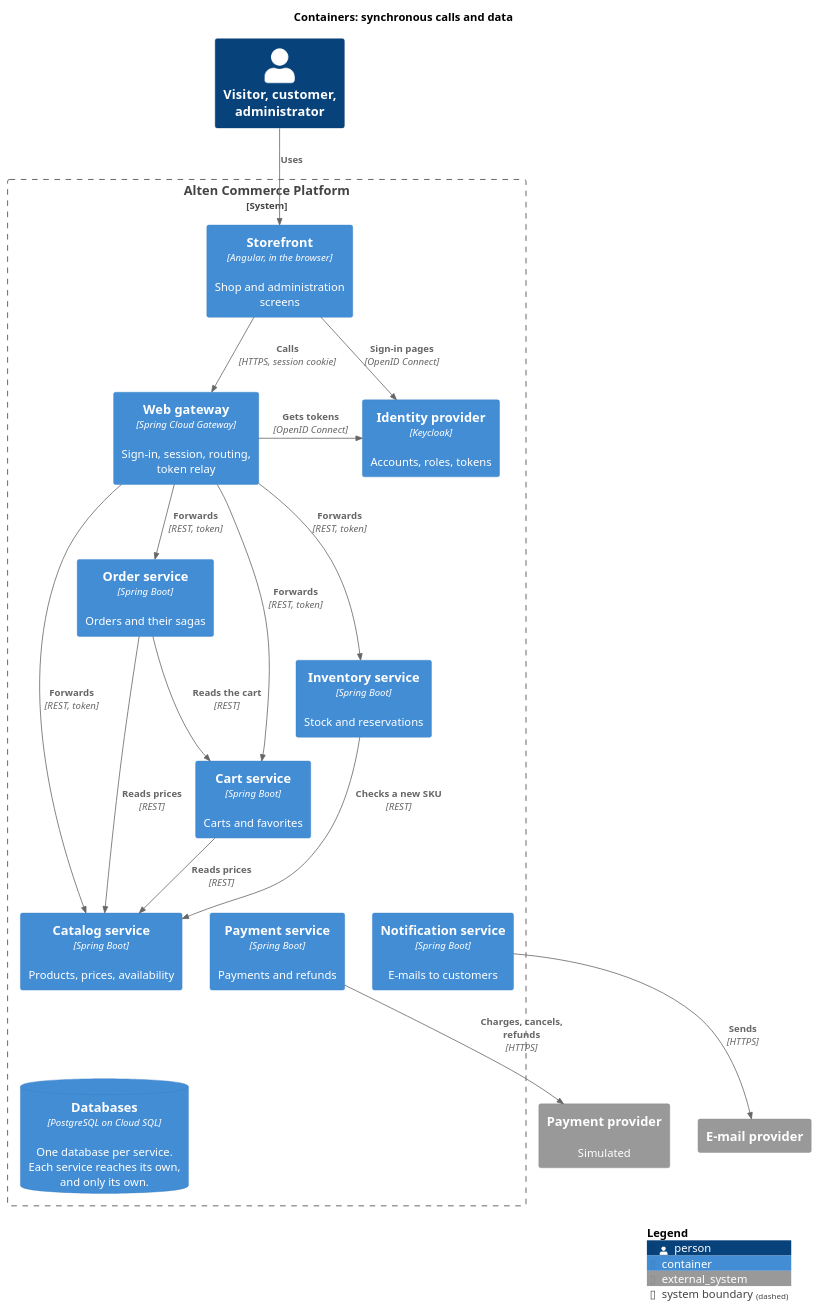
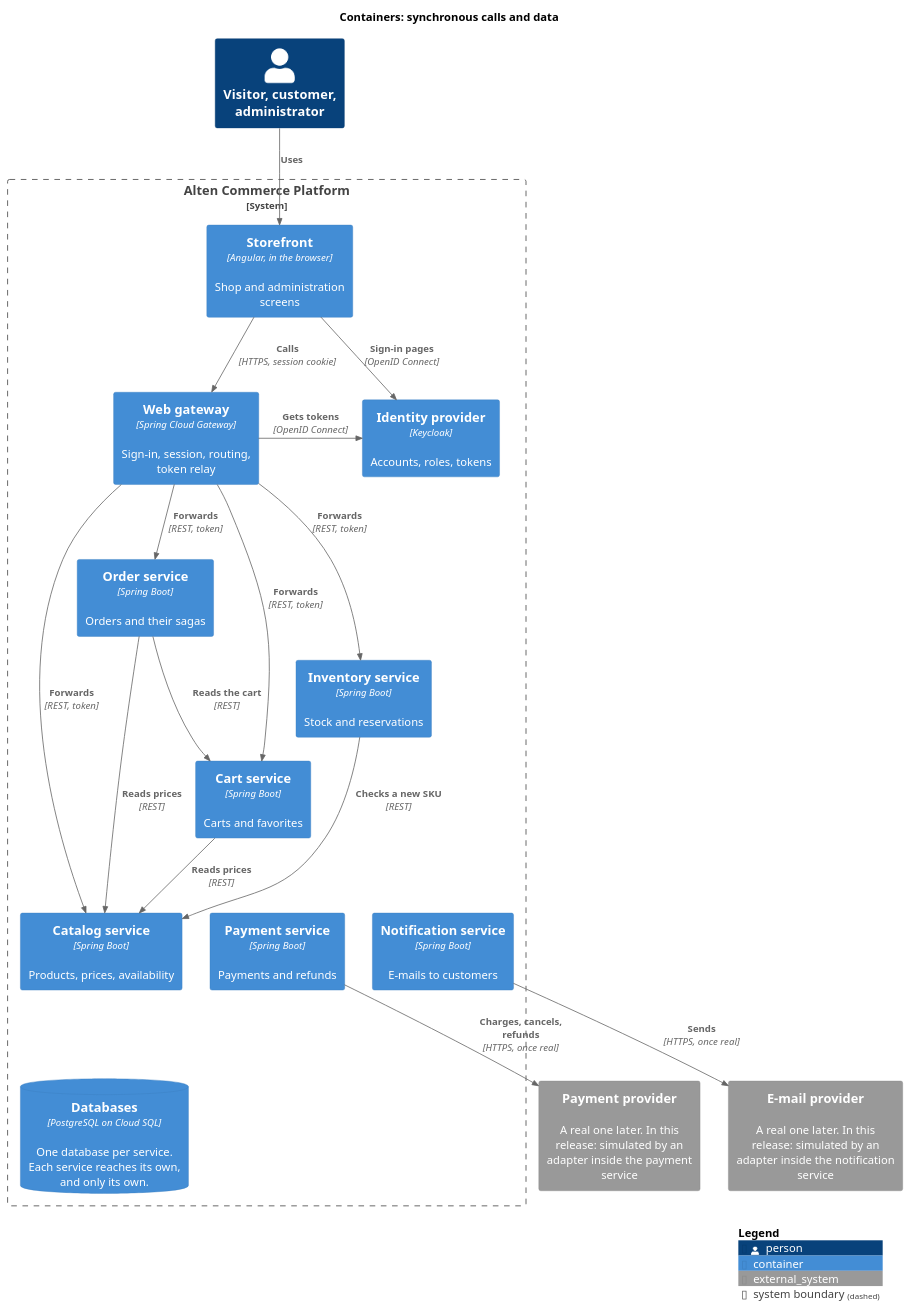
One commit to AxeloLabs/alten-commerce-platform changed the diagram in doc/2-spec/04-architecture/diagrams/c4-container.puml. Above: the diagram before and after it, drawn with PlantUML. The commit also changed 33 other files, not shown here.

```diff
--- a/doc/2-spec/04-architecture/diagrams/c4-container.puml
+++ b/doc/2-spec/04-architecture/diagrams/c4-container.puml
@@ -1,41 +1,41 @@
 @startuml
 !include <C4/C4_Container>
 title Containers: synchronous calls and data
 
 Person(user, "Visitor, customer, administrator")
-System_Ext(psp, "Payment provider", "Simulated")
-System_Ext(mail, "E-mail provider")
+System_Ext(psp, "Payment provider", "A real one later. In this release: simulated by an adapter inside the payment service")
+System_Ext(mail, "E-mail provider", "A real one later. In this release: simulated by an adapter inside the notification service")
 
 System_Boundary(platform, "Alten Commerce Platform") {
   Container(spa, "Storefront", "Angular, in the browser", "Shop and administration screens")
   Container(gw, "Web gateway", "Spring Cloud Gateway", "Sign-in, session, routing, token relay")
   Container(kc, "Identity provider", "Keycloak", "Accounts, roles, tokens")
   Container(ord, "Order service", "Spring Boot", "Orders and their sagas")
   Container(cart, "Cart service", "Spring Boot", "Carts and favorites")
   Container(inv, "Inventory service", "Spring Boot", "Stock and reservations")
   Container(cat, "Catalog service", "Spring Boot", "Products, prices, availability")
   Container(pay, "Payment service", "Spring Boot", "Payments and refunds")
   Container(notif, "Notification service", "Spring Boot", "E-mails to customers")
   ContainerDb(db, "Databases", "PostgreSQL on Cloud SQL", "One database per service. Each service reaches its own, and only its own.")
 }
 
 Rel(user, spa, "Uses")
 Rel(spa, gw, "Calls", "HTTPS, session cookie")
 Rel_R(spa, kc, "Sign-in pages", "OpenID Connect")
 Rel_R(gw, kc, "Gets tokens", "OpenID Connect")
 Rel(gw, ord, "Forwards", "REST, token")
 Rel(gw, cart, "Forwards", "REST, token")
 Rel(gw, inv, "Forwards", "REST, token")
 Rel(gw, cat, "Forwards", "REST, token")
 Rel(ord, cart, "Reads the cart", "REST")
 Rel(ord, cat, "Reads prices", "REST")
 Rel(cart, cat, "Reads prices", "REST")
 Rel(inv, cat, "Checks a new SKU", "REST")
-Rel(pay, psp, "Charges, cancels, refunds", "HTTPS")
-Rel(notif, mail, "Sends", "HTTPS")
+Rel(pay, psp, "Charges, cancels, refunds", "HTTPS, once real")
+Rel(notif, mail, "Sends", "HTTPS, once real")
 Lay_D(cat, db)
 Lay_R(cat, pay)
 Lay_R(pay, notif)
 
 SHOW_LEGEND()
 @enduml
```
